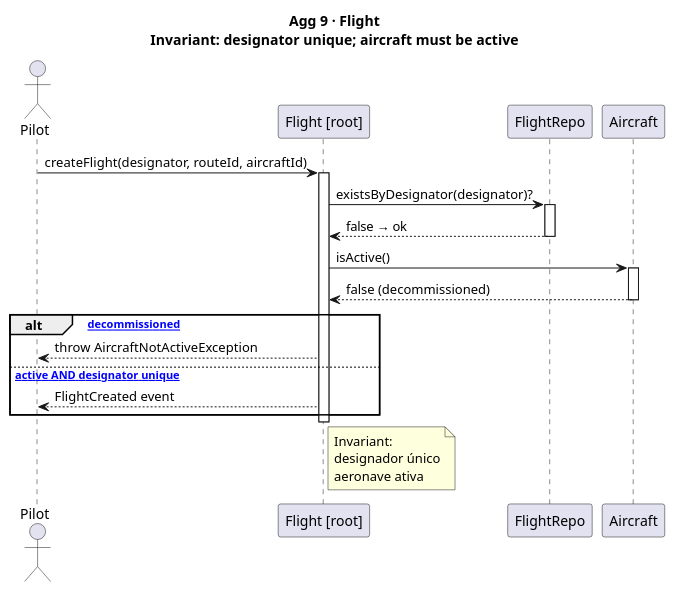
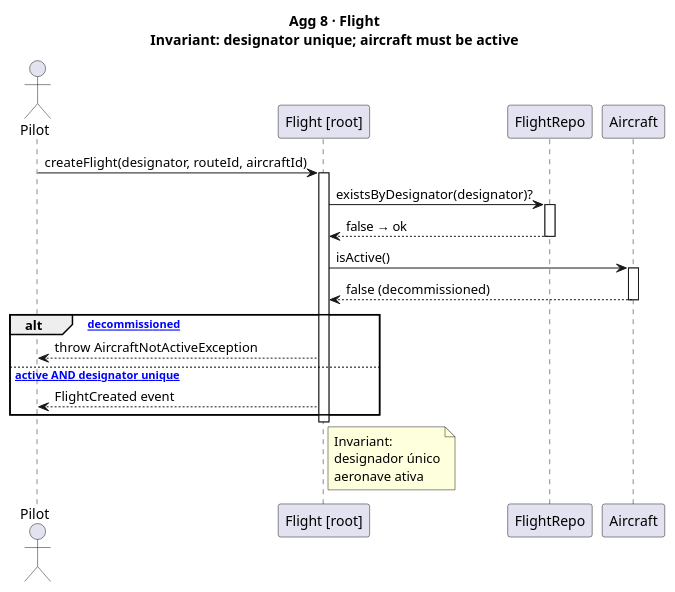
The diagram in docs/Agg08.puml (DuartePinto1240/sem4pi2526-sem4pi2526_2da2), drawn with PlantUML before and after one commit. The commit also changed 6 other files, not shown here.

```diff
--- a/docs/Agg08.puml
+++ b/docs/Agg08.puml
@@ -1,36 +1,36 @@
-@startuml US011_Agg09_Flight
-title Agg 9 · Flight\nInvariant: designator unique; aircraft must be active
+@startuml US011_Agg08_Flight
+title Agg 8 · Flight\nInvariant: designator unique; aircraft must be active
 
 actor Pilot
 participant "Flight [root]" as Flight
 participant "FlightRepo" as Repo
 participant "Aircraft" as Aircraft
 
 Pilot -> Flight : createFlight(designator, routeId, aircraftId)
 activate Flight
 
 Flight -> Repo : existsByDesignator(designator)?
 activate Repo
 Repo --> Flight : false → ok
 deactivate Repo
 
 Flight -> Aircraft : isActive()
 activate Aircraft
 Aircraft --> Flight : false (decommissioned)
 deactivate Aircraft
 
 alt [aircraft decommissioned]
     Flight --> Pilot : throw AircraftNotActiveException
 else [aircraft active AND designator unique]
     Flight --> Pilot : FlightCreated event
 end
 
 deactivate Flight
 
 note right of Flight
   Invariant:
   designador único
   aeronave ativa
 end note
 
 @enduml
```
